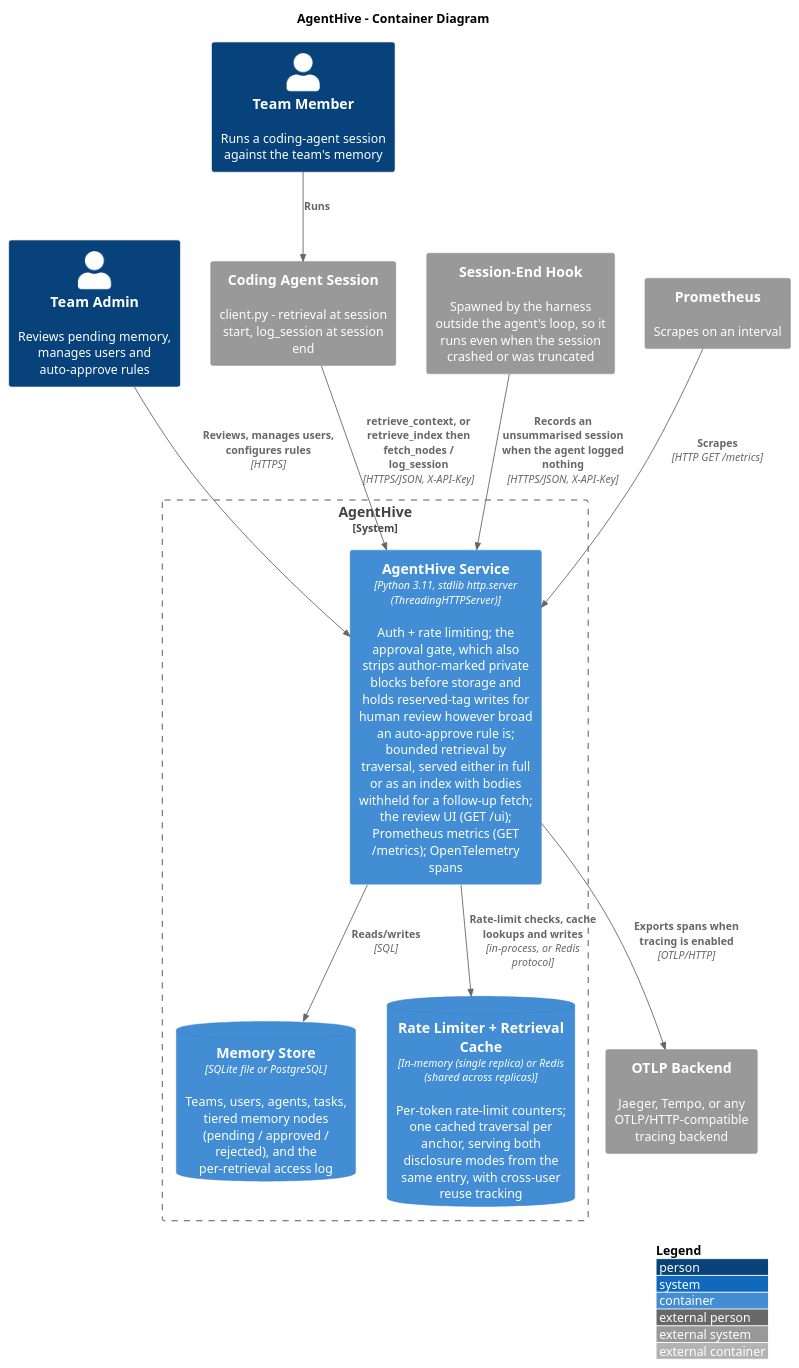
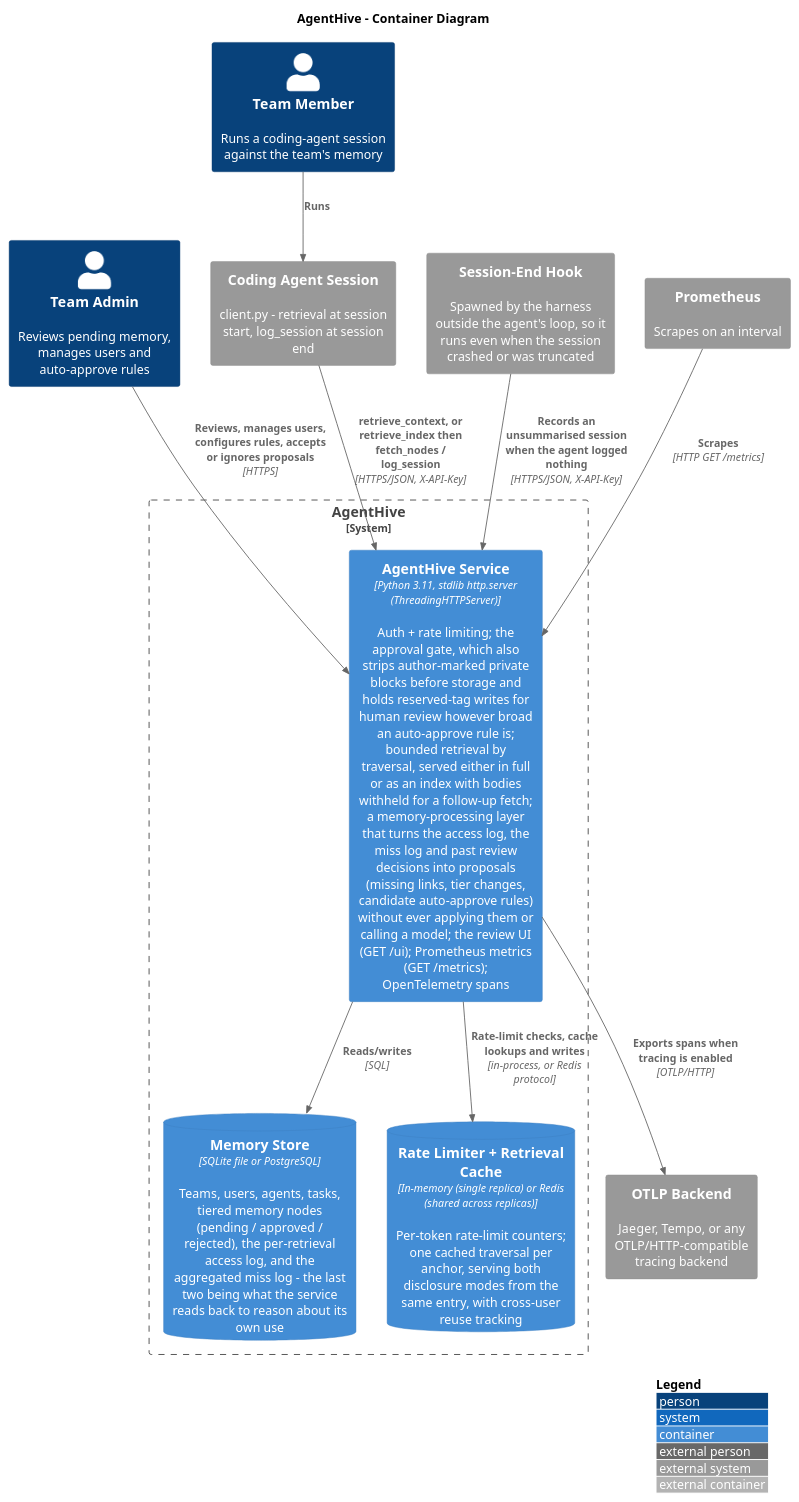
Before and after one commit to polarpoint-io/agenthive: the diagram in docs/diagrams/c4-container.puml, drawn with PlantUML. The commit also changed 17 other files, not shown here.

```diff
--- a/docs/diagrams/c4-container.puml
+++ b/docs/diagrams/c4-container.puml
@@ -1,30 +1,30 @@
 @startuml
 !include https://raw.githubusercontent.com/plantuml-stdlib/C4-PlantUML/master/C4_Container.puml
 
 LAYOUT_WITH_LEGEND()
 title AgentHive - Container Diagram
 
 Person(admin, "Team Admin", "Reviews pending memory, manages users and auto-approve rules")
 Person(member, "Team Member", "Runs a coding-agent session against the team's memory")
 
 System_Ext(coding_agent, "Coding Agent Session", "client.py - retrieval at session start, log_session at session end")
 System_Ext(session_hook, "Session-End Hook", "Spawned by the harness outside the agent's loop, so it runs even when the session crashed or was truncated")
 System_Ext(otel_backend, "OTLP Backend", "Jaeger, Tempo, or any OTLP/HTTP-compatible tracing backend")
 System_Ext(prometheus, "Prometheus", "Scrapes on an interval")
 
 System_Boundary(agenthive, "AgentHive") {
-  Container(api, "AgentHive Service", "Python 3.11, stdlib http.server (ThreadingHTTPServer)", "Auth + rate limiting; the approval gate, which also strips author-marked private blocks before storage and holds reserved-tag writes for human review however broad an auto-approve rule is; bounded retrieval by traversal, served either in full or as an index with bodies withheld for a follow-up fetch; the review UI (GET /ui); Prometheus metrics (GET /metrics); OpenTelemetry spans")
-  ContainerDb(db, "Memory Store", "SQLite file or PostgreSQL", "Teams, users, agents, tasks, tiered memory nodes (pending / approved / rejected), and the per-retrieval access log")
+  Container(api, "AgentHive Service", "Python 3.11, stdlib http.server (ThreadingHTTPServer)", "Auth + rate limiting; the approval gate, which also strips author-marked private blocks before storage and holds reserved-tag writes for human review however broad an auto-approve rule is; bounded retrieval by traversal, served either in full or as an index with bodies withheld for a follow-up fetch; a memory-processing layer that turns the access log, the miss log and past review decisions into proposals (missing links, tier changes, candidate auto-approve rules) without ever applying them or calling a model; the review UI (GET /ui); Prometheus metrics (GET /metrics); OpenTelemetry spans")
+  ContainerDb(db, "Memory Store", "SQLite file or PostgreSQL", "Teams, users, agents, tasks, tiered memory nodes (pending / approved / rejected), the per-retrieval access log, and the aggregated miss log - the last two being what the service reads back to reason about its own use")
   ContainerDb(cache, "Rate Limiter + Retrieval Cache", "In-memory (single replica) or Redis (shared across replicas)", "Per-token rate-limit counters; one cached traversal per anchor, serving both disclosure modes from the same entry, with cross-user reuse tracking")
 }
 
 Rel(member, coding_agent, "Runs")
 Rel(coding_agent, api, "retrieve_context, or retrieve_index then fetch_nodes / log_session", "HTTPS/JSON, X-API-Key")
 Rel(session_hook, api, "Records an unsummarised session when the agent logged nothing", "HTTPS/JSON, X-API-Key")
-Rel(admin, api, "Reviews, manages users, configures rules", "HTTPS")
+Rel(admin, api, "Reviews, manages users, configures rules, accepts or ignores proposals", "HTTPS")
 Rel(api, db, "Reads/writes", "SQL")
 Rel(api, cache, "Rate-limit checks, cache lookups and writes", "in-process, or Redis protocol")
 Rel(api, otel_backend, "Exports spans when tracing is enabled", "OTLP/HTTP")
 Rel(prometheus, api, "Scrapes", "HTTP GET /metrics")
 
 @enduml
```
